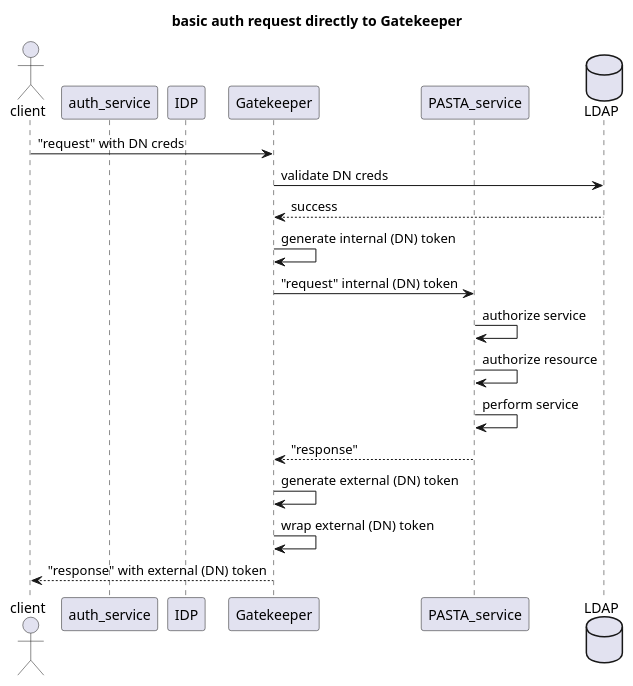
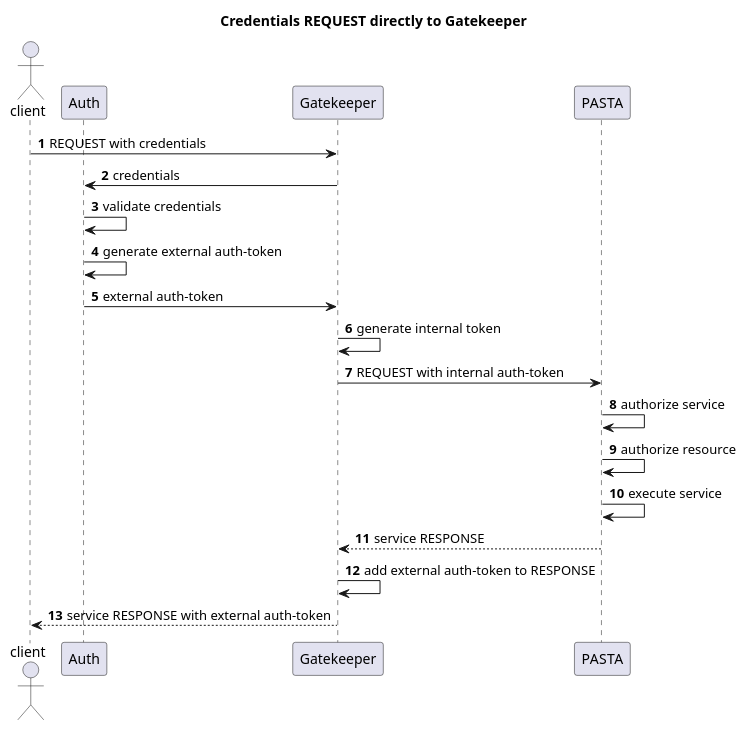
Before and after one commit to PASTAplus/auth: the diagram in docs/basic_auth_to_gatekeeper.puml, drawn with PlantUML. The commit also changed 1 other file, not shown here.

Commit message:
Update uml for consistency

```diff
--- a/docs/basic_auth_to_gatekeeper.puml
+++ b/docs/basic_auth_to_gatekeeper.puml
@@ -1,24 +1,25 @@
 @startuml
 actor client
-participant auth_service
-participant IDP
+participant Auth
 participant Gatekeeper
-participant PASTA_service
-database LDAP
+participant PASTA
 
-title basic auth request directly to Gatekeeper
+title Credentials REQUEST directly to Gatekeeper
 
-client->Gatekeeper: "request" with DN creds
-Gatekeeper->LDAP: validate DN creds
-Gatekeeper<--LDAP: success
-Gatekeeper->Gatekeeper: generate internal (DN) token
-Gatekeeper->PASTA_service: "request" internal (DN) token
-PASTA_service->PASTA_service: authorize service
-PASTA_service->PASTA_service: authorize resource
-PASTA_service->PASTA_service: perform service
-Gatekeeper<--PASTA_service: "response"
-Gatekeeper->Gatekeeper: generate external (DN) token
-Gatekeeper->Gatekeeper: wrap external (DN) token
-client<--Gatekeeper: "response" with external (DN) token
+autonumber
+
+client->Gatekeeper: REQUEST with credentials
+Gatekeeper->Auth: credentials
+Auth->Auth: validate credentials
+Auth->Auth: generate external auth-token
+Auth->Gatekeeper: external auth-token
+Gatekeeper->Gatekeeper: generate internal token
+Gatekeeper->PASTA: REQUEST with internal auth-token
+PASTA->PASTA: authorize service
+PASTA->PASTA: authorize resource
+PASTA->PASTA: execute service
+Gatekeeper<--PASTA: service RESPONSE
+Gatekeeper->Gatekeeper: add external auth-token to RESPONSE
+client<--Gatekeeper: service RESPONSE with external auth-token
 
 @enduml
```
